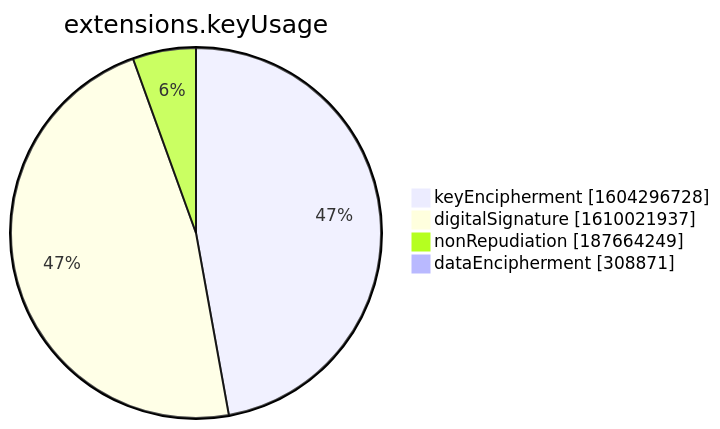
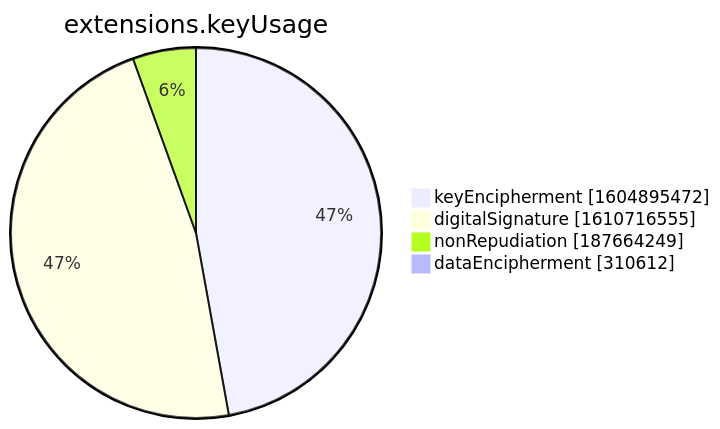
The seventh of 15 diagrams in xenon2022/README.md (christiankrug/ctmonitor_visualization), drawn with Mermaid before and after one commit. The commit also changed other lines of this file, not shown here.

````diff
--- a/xenon2022/README.md
+++ b/xenon2022/README.md
@@ -2855,8 +2855,8 @@
 ```mermaid
 pie showData
 title extensions.keyUsage
-"keyEncipherment" :1604296728
-"digitalSignature" :1610021937
+"keyEncipherment" :1604895472
+"digitalSignature" :1610716555
 "nonRepudiation" :187664249
-"dataEncipherment" :308871
+"dataEncipherment" :310612
 ```
````
